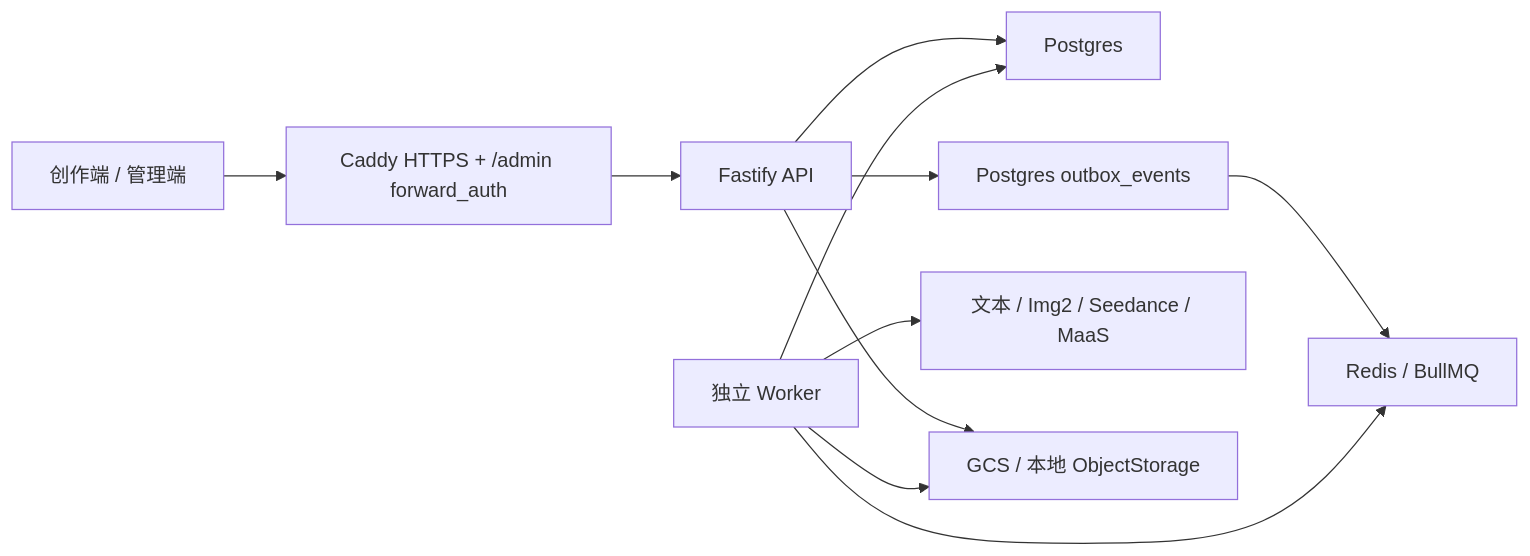
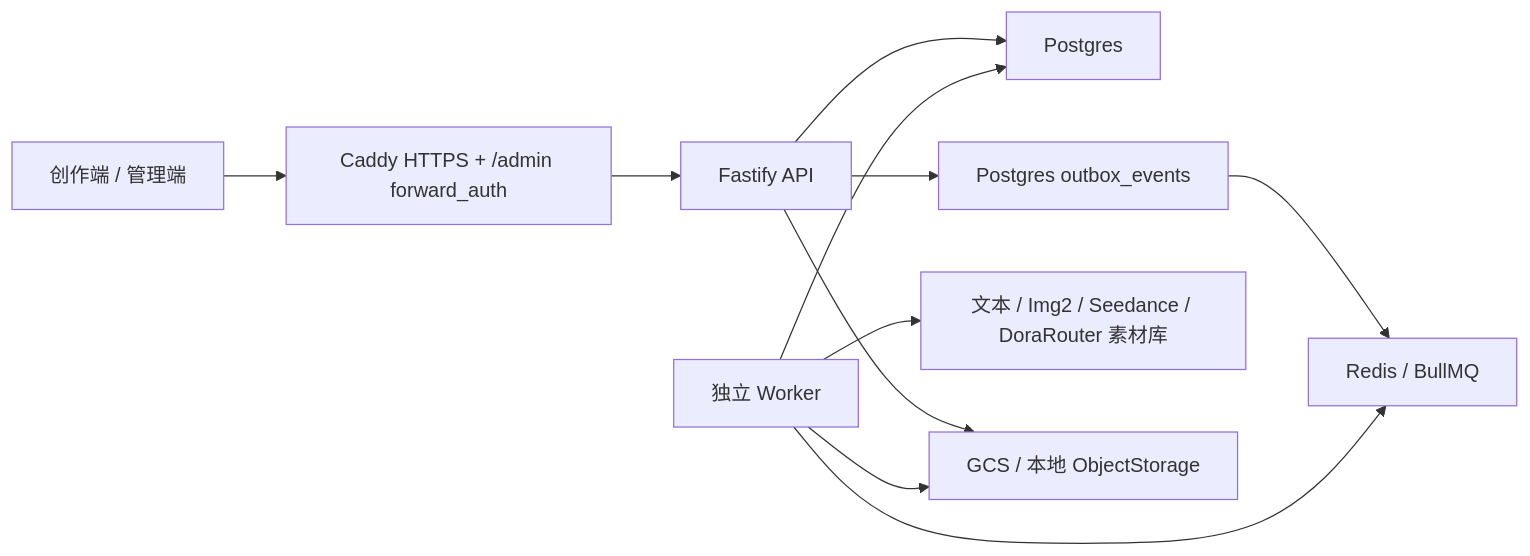
One commit to usaaron/AIGC_Video_Platform changed the diagram in docs/CURRENT_STATE.md. Above: the diagram before and after it, drawn with Mermaid. The commit also changed other lines of this file and 45 other files, not shown here.

Commit message:
feat: switch video and trusted assets to DoraRouter

````diff
--- a/docs/CURRENT_STATE.md
+++ b/docs/CURRENT_STATE.md
@@ -103,13 +103,13 @@
 ```mermaid
 flowchart LR
   Browser["创作端 / 管理端"] --> Caddy["Caddy HTTPS + /admin forward_auth"]
   Caddy --> API["Fastify API"]
   API --> PG["Postgres"]
   API --> Outbox["Postgres outbox_events"]
   Outbox --> Redis["Redis / BullMQ"]
   Worker["独立 Worker"] --> Redis
   Worker --> PG
-  Worker --> Providers["文本 / Img2 / Seedance / MaaS"]
+  Worker --> Providers["文本 / Img2 / Seedance / DoraRouter 素材库"]
   API --> Storage["GCS / 本地 ObjectStorage"]
   Worker --> Storage
 ```
````
